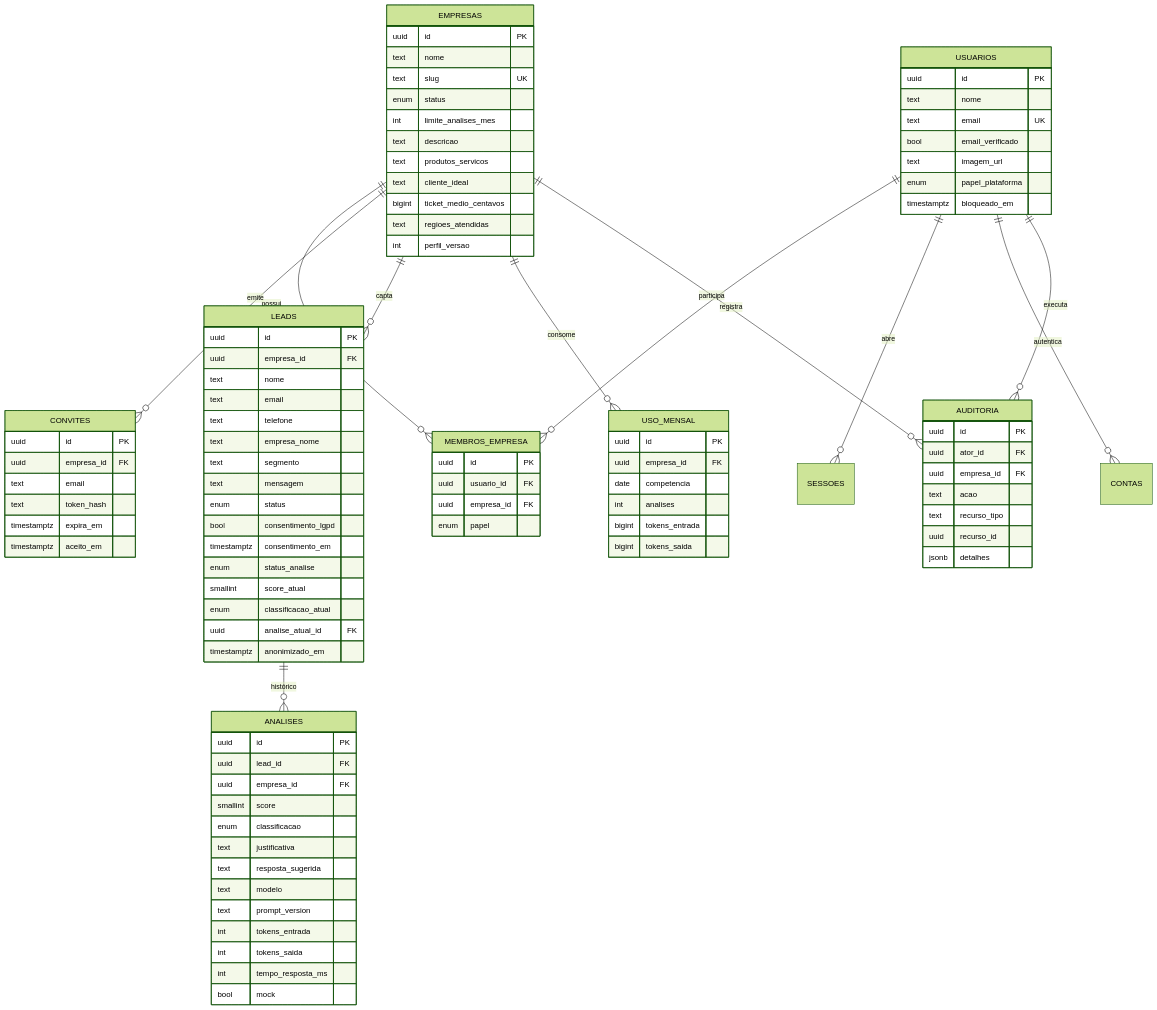
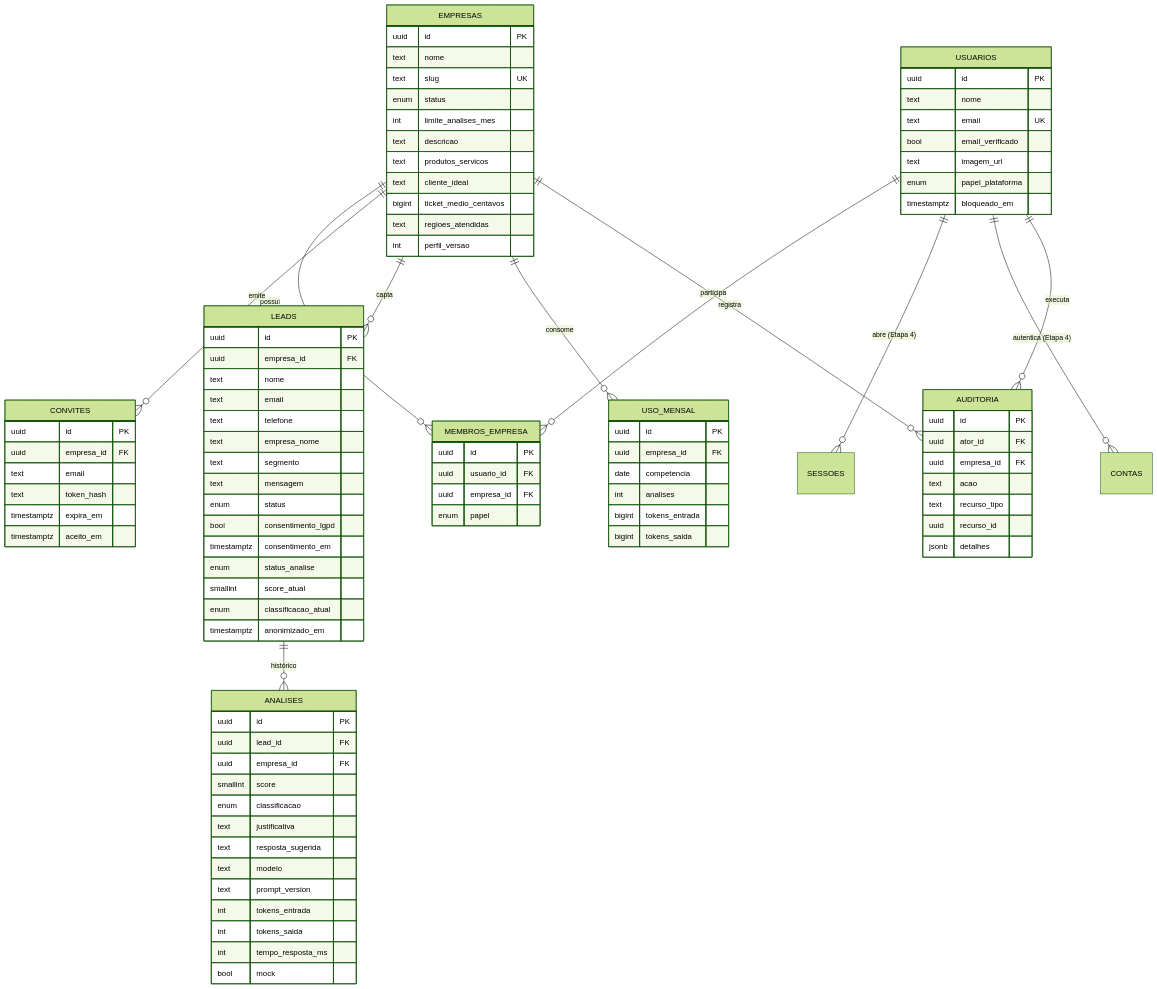
The first of 3 diagrams in docs/arquitetura.md (FernandoRCoelho5/leadscore-ia), drawn with Mermaid (forest theme) before and after one commit. The commit also changed other lines of this file and 1 other file, not shown here.

```diff
--- a/docs/arquitetura.md
+++ b/docs/arquitetura.md
@@ -94,8 +94,8 @@
   EMPRESAS ||--o{ LEADS : capta
   LEADS ||--o{ ANALISES : "histórico"
   EMPRESAS ||--o{ USO_MENSAL : consome
-  USUARIOS ||--o{ SESSOES : abre
-  USUARIOS ||--o{ CONTAS : autentica
+  USUARIOS ||--o{ SESSOES : "abre (Etapa 4)"
+  USUARIOS ||--o{ CONTAS : "autentica (Etapa 4)"
   USUARIOS ||--o{ AUDITORIA : executa
   EMPRESAS ||--o{ AUDITORIA : registra
 
@@ -150,7 +150,6 @@
     enum status_analise
     smallint score_atual
     enum classificacao_atual
-    uuid analise_atual_id FK
     timestamptz anonimizado_em
   }
   ANALISES {
```
